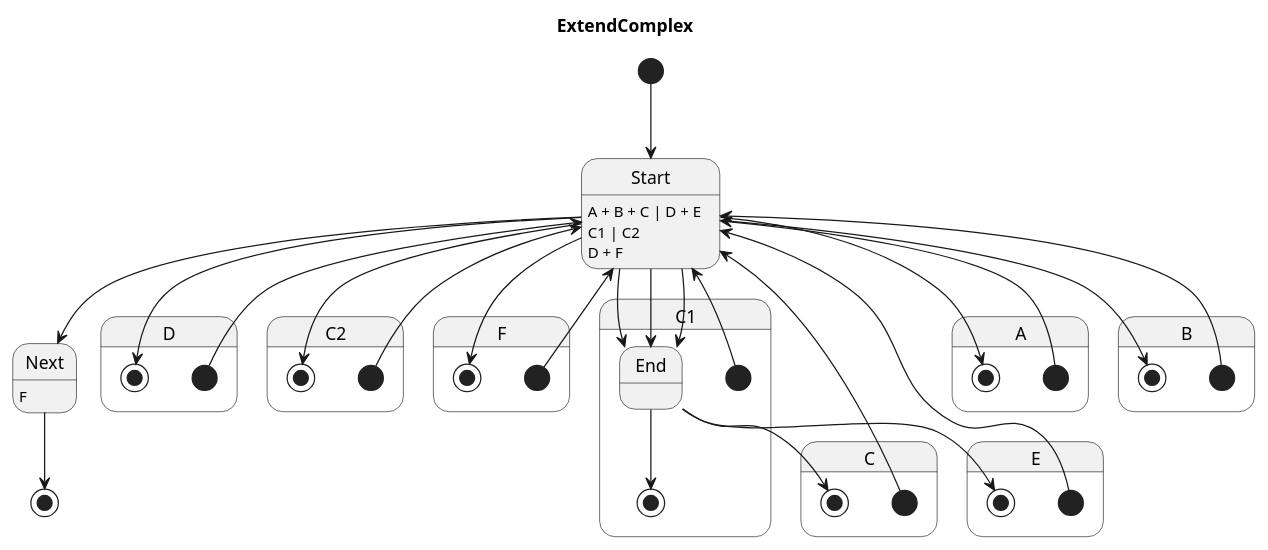
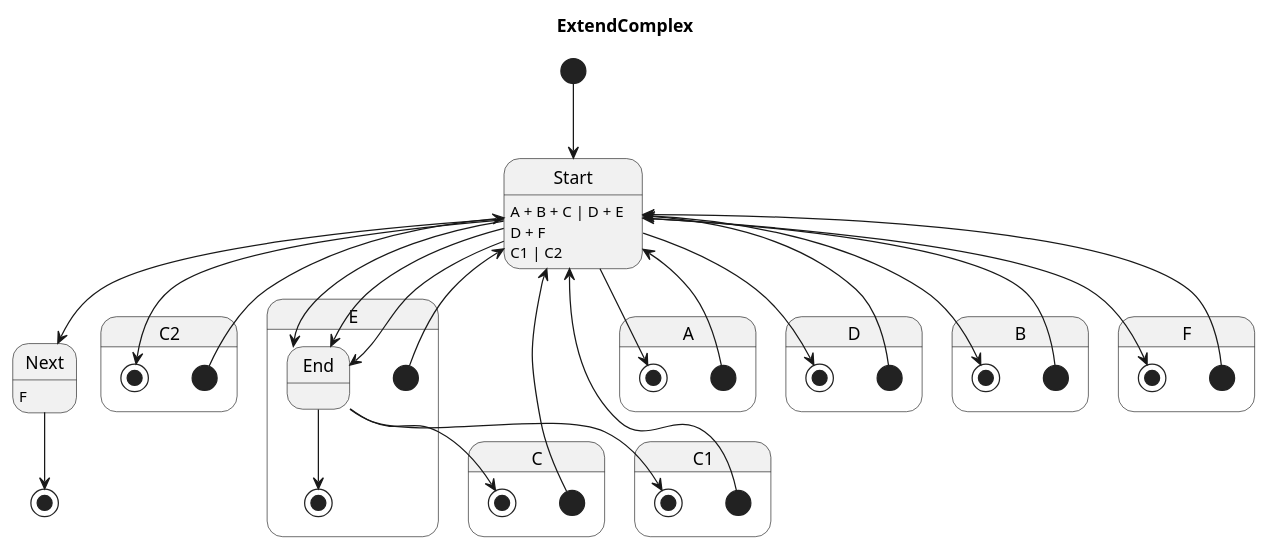
Before and after one commit to Pastor/Takt: the diagram in examples/generated/plantuml/extend_complex.puml, drawn with PlantUML. The commit also changed other lines of this file and 7 other files, not shown here.

```diff
--- a/examples/generated/plantuml/extend_complex.puml
+++ b/examples/generated/plantuml/extend_complex.puml
@@ -1,55 +1,55 @@
 @startuml
 title ExtendComplex
 
 [*] --> Start
 Next : F
 Next --> [*]
 Start : A + B + C | D + E
 Start --> Next
 
+state C2 {
+    [*] --> Start
+    Start --> [*]
+}
+
+state E {
+    [*] --> Start
+    End --> [*]
+    Start : D + F
+    Start --> End
+}
+
+state A {
+    [*] --> Start
+    Start --> [*]
+}
+
 state D {
     [*] --> Start
     Start --> [*]
 }
 
-state C2 {
+state C {
+    [*] --> Start
+    Start : C1 | C2
+    Start --> End
+    End --> [*]
+}
+
+state C1 {
+    [*] --> Start
+    Start --> End
+    End --> [*]
+}
+
+state B {
     [*] --> Start
     Start --> [*]
 }
 
 state F {
     [*] --> Start
     Start --> [*]
 }
 
-state C1 {
-    [*] --> Start
-    Start --> End
-    End --> [*]
-}
-
-state A {
-    [*] --> Start
-    Start --> [*]
-}
-
-state B {
-    [*] --> Start
-    Start --> [*]
-}
-
-state C {
-    [*] --> Start
-    End --> [*]
-    Start : C1 | C2
-    Start --> End
-}
-
-state E {
-    [*] --> Start
-    End --> [*]
-    Start : D + F
-    Start --> End
-}
-
 @enduml
```
